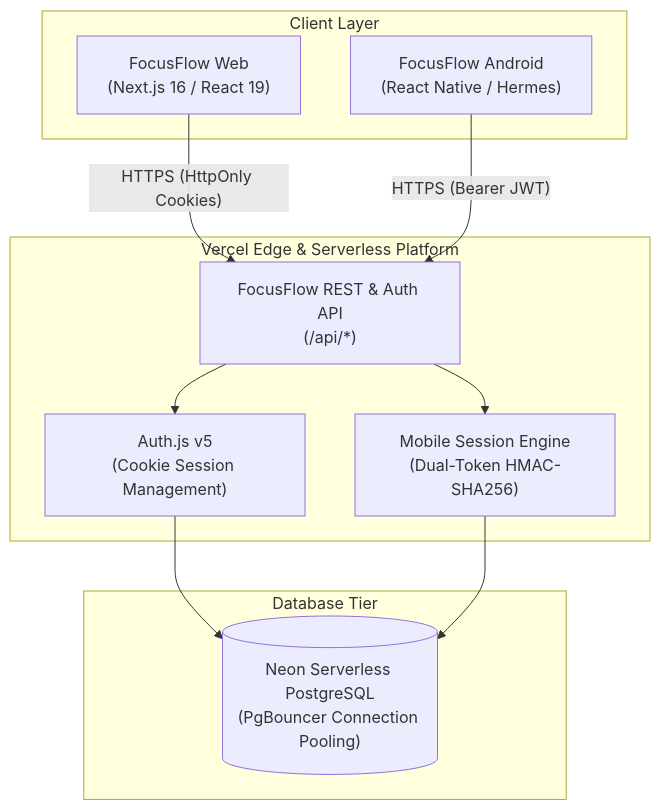
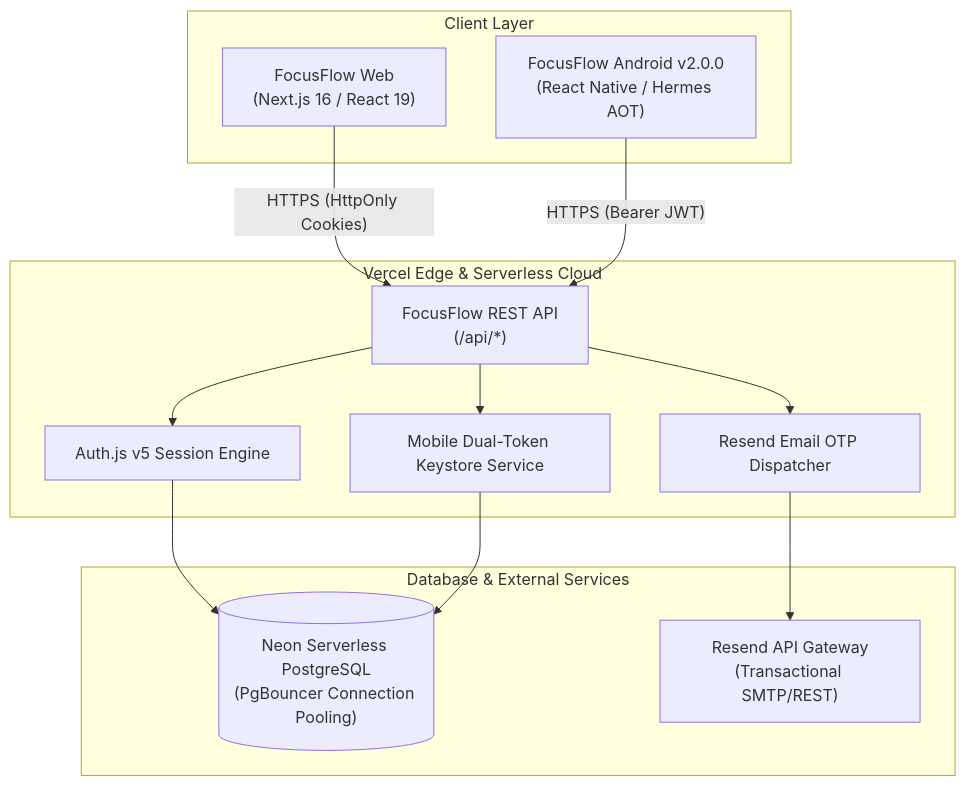
The diagram in README.md (jerinjomy07/Focus-Flow), drawn with Mermaid before and after one commit. The commit also changed other lines of this file and 27 other files, not shown here.

````diff
--- a/README.md
+++ b/README.md
@@ -100,24 +147,28 @@
 ```mermaid
 flowchart TD
     subgraph Clients ["Client Layer"]
         WEB["FocusFlow Web<br/>(Next.js 16 / React 19)"]
-        ANDROID["FocusFlow Android<br/>(React Native / Hermes)"]
+        ANDROID["FocusFlow Android v2.0.0<br/>(React Native / Hermes AOT)"]
     end
 
-    subgraph Hosting ["Vercel Edge & Serverless Platform"]
-        API["FocusFlow REST & Auth API<br/>(/api/*)"]
-        AUTH_JS["Auth.js v5<br/>(Cookie Session Management)"]
-        MOBILE_AUTH["Mobile Session Engine<br/>(Dual-Token HMAC-SHA256)"]
+    subgraph Hosting ["Vercel Edge & Serverless Cloud"]
+        API["FocusFlow REST API<br/>(/api/*)"]
+        AUTH_JS["Auth.js v5 Session Engine"]
+        MOBILE_AUTH["Mobile Dual-Token Keystore Service"]
+        EMAIL_SVC["Resend Email OTP Dispatcher"]
     end
 
-    subgraph Data ["Database Tier"]
+    subgraph Storage ["Database & External Services"]
         NEON[("Neon Serverless PostgreSQL<br/>(PgBouncer Connection Pooling)")]
+        RESEND["Resend API Gateway<br/>(Transactional SMTP/REST)"]
     end
 
     WEB -- "HTTPS (HttpOnly Cookies)" --> API
     ANDROID -- "HTTPS (Bearer JWT)" --> API
     API --> AUTH_JS
     API --> MOBILE_AUTH
+    API --> EMAIL_SVC
     AUTH_JS --> NEON
     MOBILE_AUTH --> NEON
+    EMAIL_SVC --> RESEND
 ```
````
